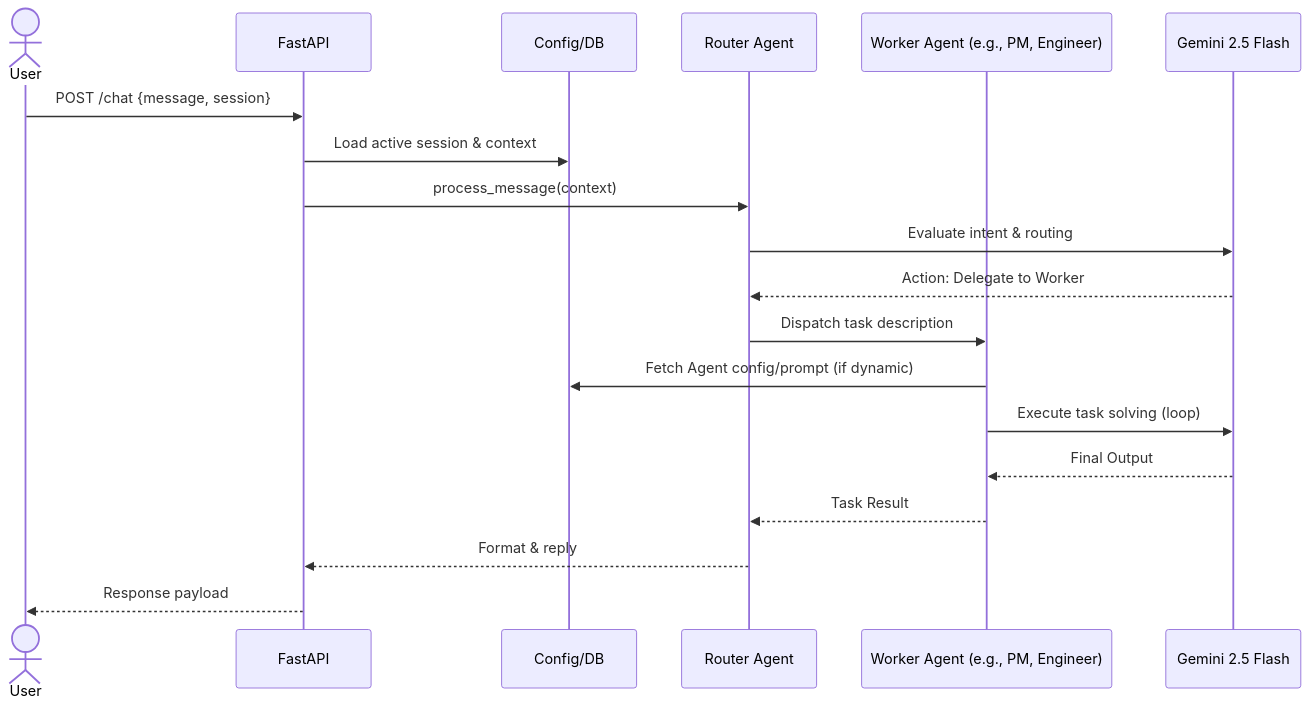
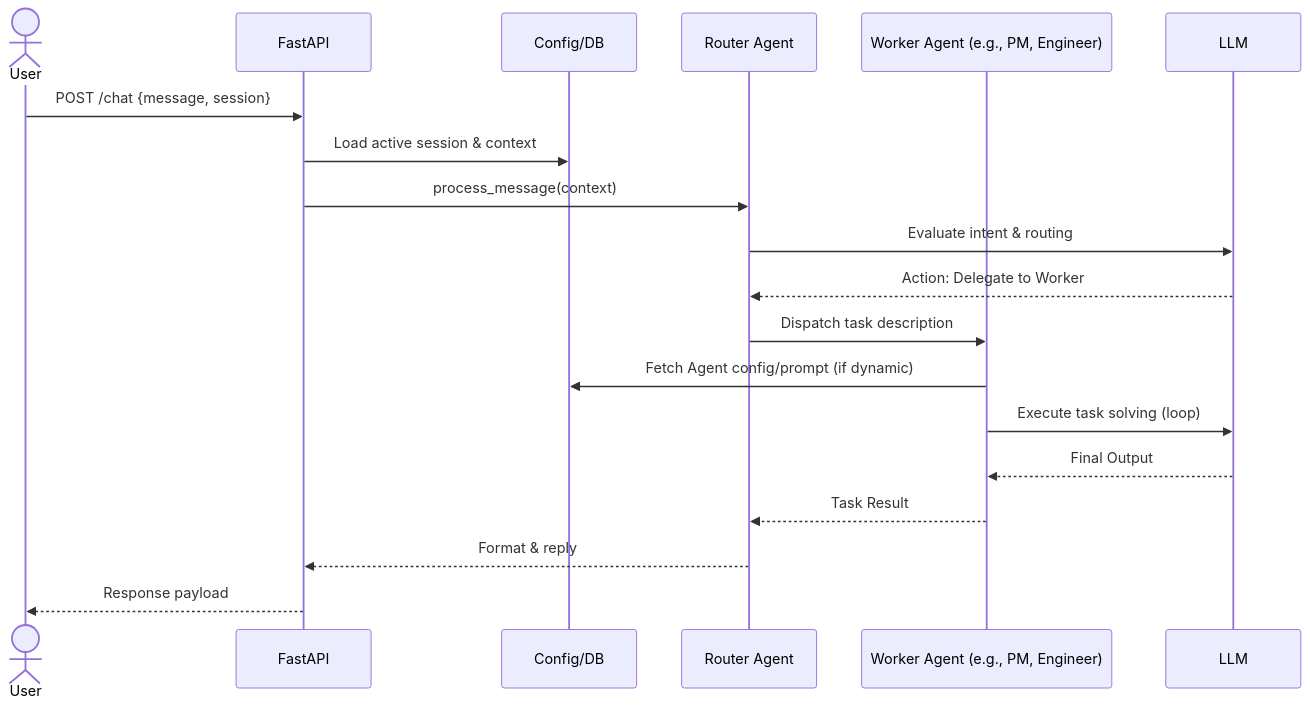
The second of 2 diagrams in README.md (jeremyseow/agent-router), drawn with Mermaid before and after one commit. The commit also changed other lines of this file and 12 other files, not shown here.

````diff
--- a/README.md
+++ b/README.md
@@ -60,22 +60,22 @@
 ```mermaid
 sequenceDiagram
     actor User
     participant API as FastAPI
     participant Auth as Config/DB
     participant Router as Router Agent
     participant Worker as Worker Agent (e.g., PM, Engineer)
-    participant Model as Gemini 2.5 Flash
+    participant Model as LLM
 
     User->>API: POST /chat {message, session}
     API->>Auth: Load active session & context
     API->>Router: process_message(context)
     Router->>Model: Evaluate intent & routing
     Model-->>Router: Action: Delegate to Worker
     Router->>Worker: Dispatch task description
     Worker->>Auth: Fetch Agent config/prompt (if dynamic)
     Worker->>Model: Execute task solving (loop)
     Model-->>Worker: Final Output
     Worker-->>Router: Task Result
     Router-->>API: Format & reply
     API-->>User: Response payload
 ```
````
